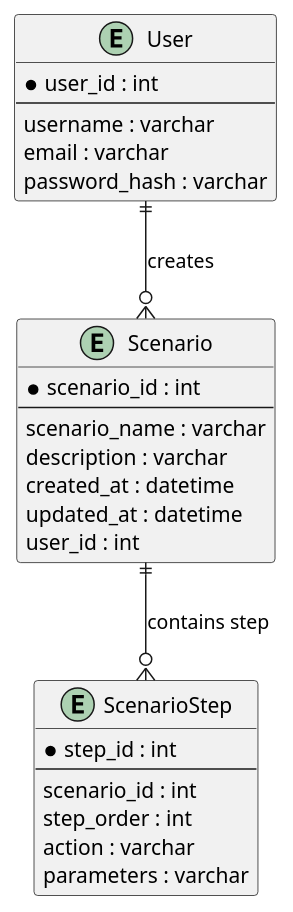
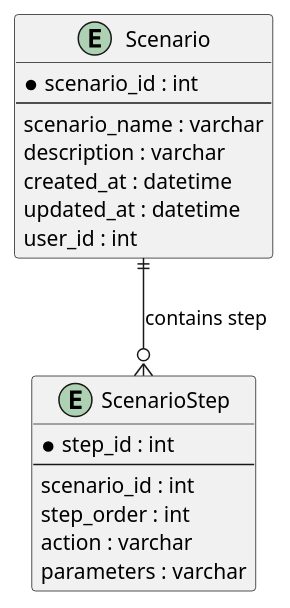
The diagram in docs/1.3_scr.puml (artsdeep/architecture-sprint-3), drawn with PlantUML before and after one commit. The commit also changed 11 other files, not shown here.

```diff
--- a/docs/1.3_scr.puml
+++ b/docs/1.3_scr.puml
@@ -1,31 +1,23 @@
 @startuml
-entity User {
-  * user_id : int
-  --
-  username : varchar
-  email : varchar
-  password_hash : varchar
-}
 
 entity Scenario {
   * scenario_id : int
   --
   scenario_name : varchar
   description : varchar
   created_at : datetime
   updated_at : datetime
   user_id : int
 }
 
 entity ScenarioStep {
   * step_id : int
   --
   scenario_id : int
   step_order : int
   action : varchar
   parameters : varchar
 }
 
-User ||--o{ Scenario : "creates"
 Scenario ||--o{ ScenarioStep : "contains step"
 @enduml
```
